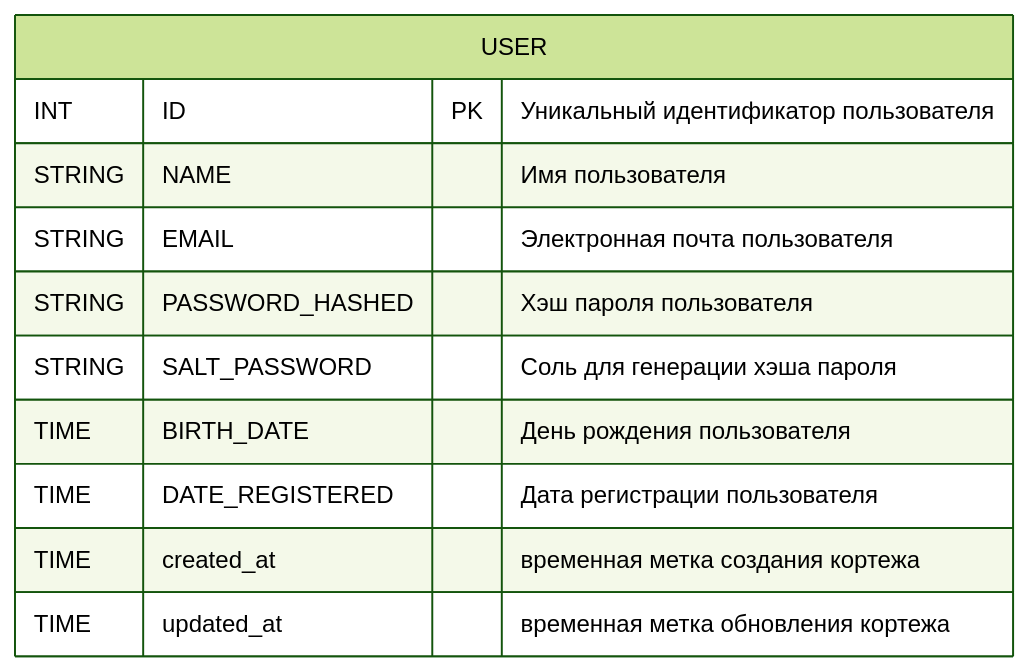
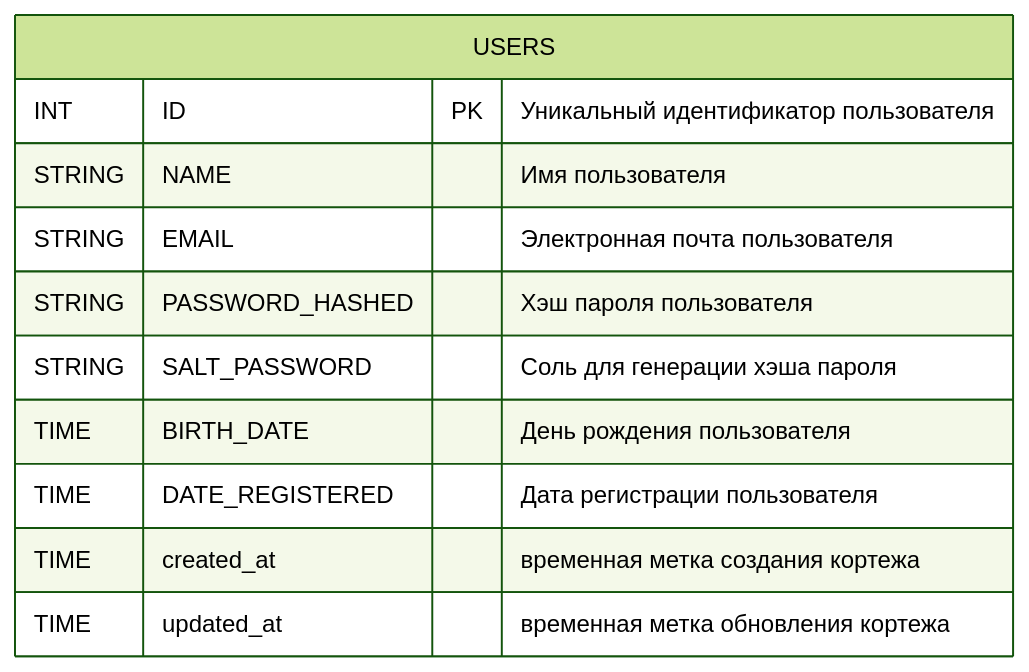
One commit to go-park-mail-ru/2024_1_Cyberkotletki changed diagram 14 of 25 in db/normalized/relations.md. Above: the diagram before and after it, drawn with Mermaid (forest theme). The commit also changed 2 other files, not shown here.

Commit message:
диаграмма бд

````diff
--- a/db/normalized/relations.md
+++ b/db/normalized/relations.md
@@ -281,14 +281,14 @@
 ```mermaid
 erDiagram
-    USER {
+    USERS {
         INT ID PK "Уникальный идентификатор пользователя"
         STRING NAME "Имя пользователя"
         STRING EMAIL "Электронная почта пользователя"
         STRING PASSWORD_HASHED "Хэш пароля пользователя"
         STRING SALT_PASSWORD "Соль для генерации хэша пароля"
         TIME BIRTH_DATE "День рождения пользователя"
         TIME DATE_REGISTERED "Дата регистрации пользователя"
         TIME created_at "временная метка создания кортежа"
         TIME updated_at "временная метка обновления кортежа"
     }
 ```
````
